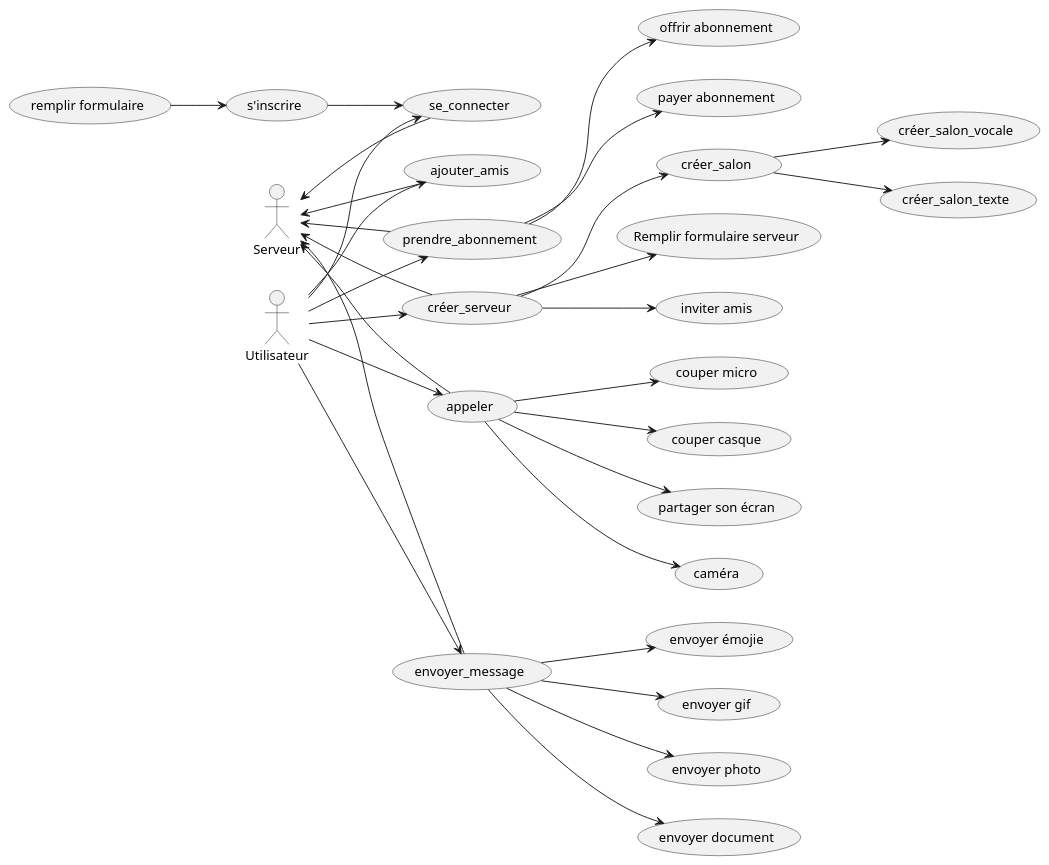
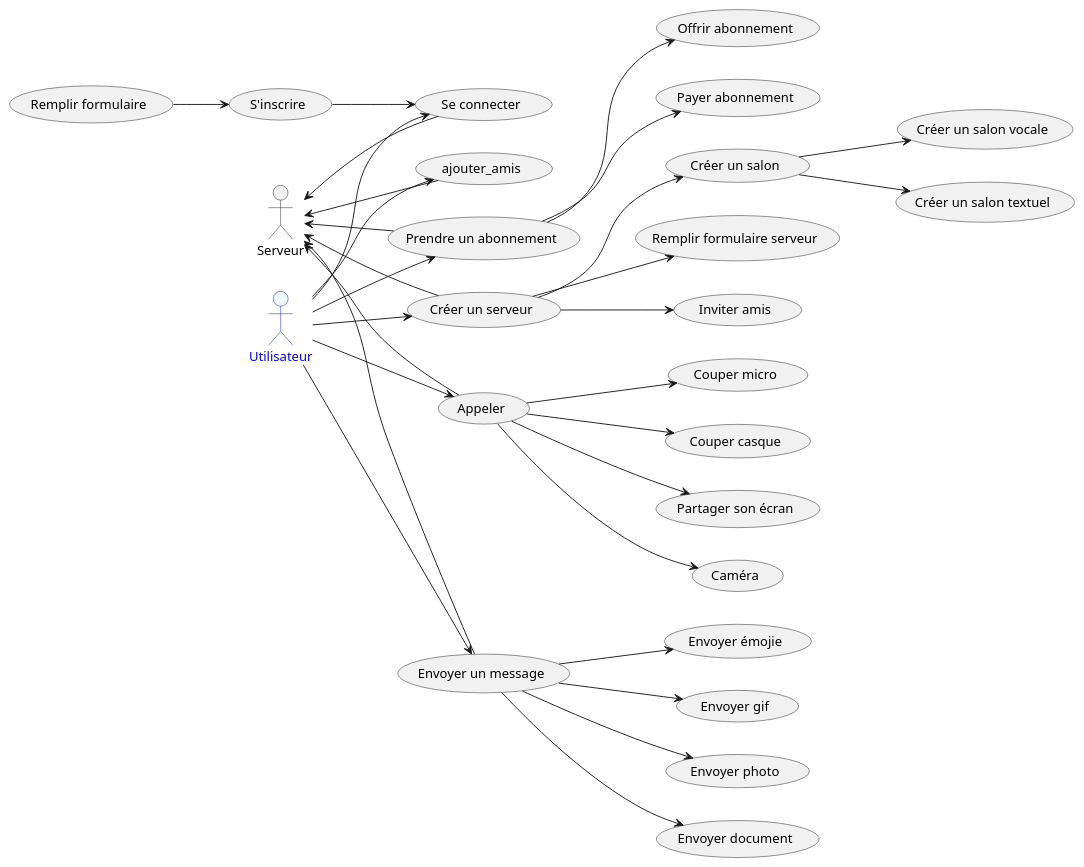
The diagram in projet/Diagramme des cas d’utilisation/diagramme use cases.wsd (IUT-Blagnac/bcoo-retro2021-bcoo-retro2021-g14), drawn with PlantUML before and after one commit.

Commit message:
Update diagramme use cases.wsd

```diff
--- a/projet/Diagramme des cas d’utilisation/diagramme use cases.wsd
+++ b/projet/Diagramme des cas d’utilisation/diagramme use cases.wsd
@@ -1,72 +1,72 @@
 @startuml
-
 left to right direction
 
-:Utilisateur:
+:Utilisateur: #aliceblue;line:blue;text:blue
 :Serveur:
 
-usecase se_connecter
-usecase inscription as "s'inscrire"
-usecase formulaire as "remplir formulaire"
 
-usecase appeler
-usecase partecran as "partager son écran"
-usecase camera as "caméra"
-usecase coupmic as "couper micro"
-usecase coupcasque as "couper casque"
+usecase se_connecter as "Se connecter"
+usecase inscription as "S'inscrire"
+usecase formulaire as "Remplir formulaire"
+
+usecase appeler as "Appeler"
+usecase partecran as "Partager son écran"
+usecase camera as "Caméra"
+usecase coupmic as "Couper micro"
+usecase coupcasque as "Couper casque"
 
 usecase ajouter_amis
 
-usecase envoyer_message
-usecase envpho as "envoyer photo"
-usecase envdoc as "envoyer document"
-usecase envemoji as "envoyer émojie"
-usecase envgif as "envoyer gif"
+usecase envoyer_message as "Envoyer un message"
+usecase envpho as "Envoyer photo"
+usecase envdoc as "Envoyer document"
+usecase envemoji as "Envoyer émojie"
+usecase envgif as "Envoyer gif"
 
-usecase prendre_abonnement
-usecase offrir as "offrir abonnement"
-usecase payer as "payer abonnement"
+usecase prendre_abonnement as "Prendre un abonnement"
+usecase offrir as "Offrir abonnement"
+usecase payer as "Payer abonnement"
 
-usecase créer_serveur
+usecase créer_serveur as "Créer un serveur"
 usecase formulserv as "Remplir formulaire serveur"
-usecase amisserv as "inviter amis"
-usecase créer_salon
-usecase créer_salon_vocale
-usecase créer_salon_texte
+usecase amisserv as "Inviter amis"
+usecase créer_salon as "Créer un salon"
+usecase créer_salon_vocale as "Créer un salon vocale"
+usecase créer_salon_texte as "Créer un salon textuel"
 
 Utilisateur --> se_connecter
 inscription --> se_connecter
 formulaire --> inscription
 
 Utilisateur --> appeler
 appeler --> coupmic
 appeler --> coupcasque
 appeler --> partecran
 appeler --> camera
 
 Utilisateur --> ajouter_amis
 
 Utilisateur --> envoyer_message
 envoyer_message --> envdoc
 envoyer_message --> envemoji
 envoyer_message --> envgif
 envoyer_message --> envpho
 
 Utilisateur --> prendre_abonnement
 prendre_abonnement --> offrir
 prendre_abonnement --> payer
 
 Utilisateur --> créer_serveur
 créer_serveur --> amisserv
 créer_serveur --> formulserv
 créer_serveur --> créer_salon
 créer_salon --> créer_salon_vocale
 créer_salon --> créer_salon_texte
 
 Serveur <-- créer_serveur
 Serveur <-- prendre_abonnement
 Serveur <-- envoyer_message
 Serveur <-- ajouter_amis
 Serveur <-- appeler
 Serveur <-- se_connecter
 @enduml
```
